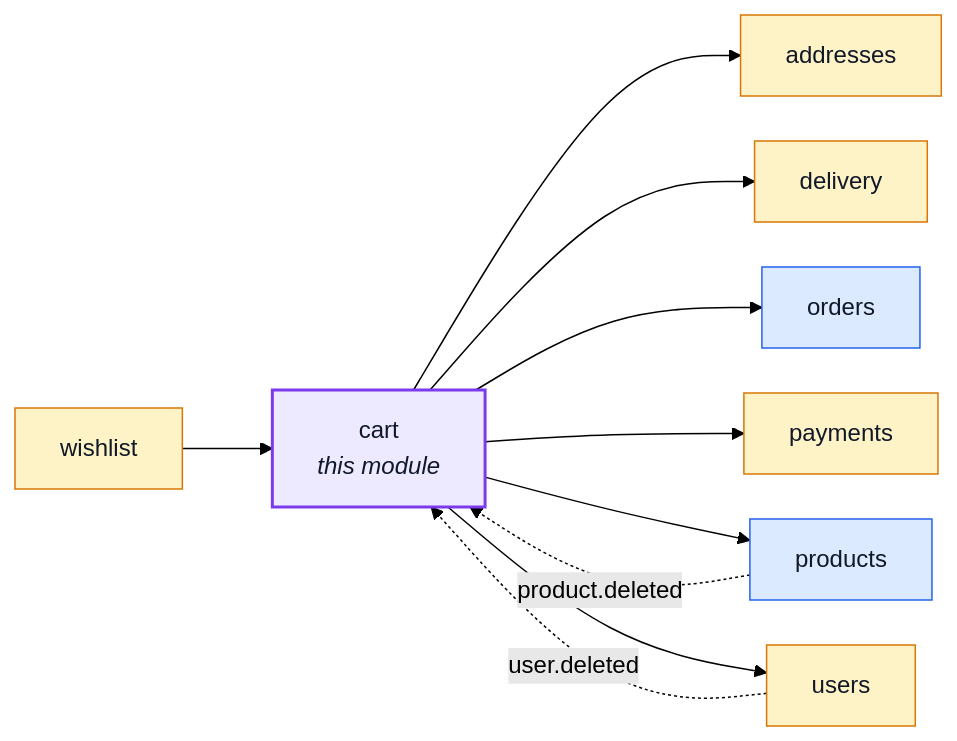
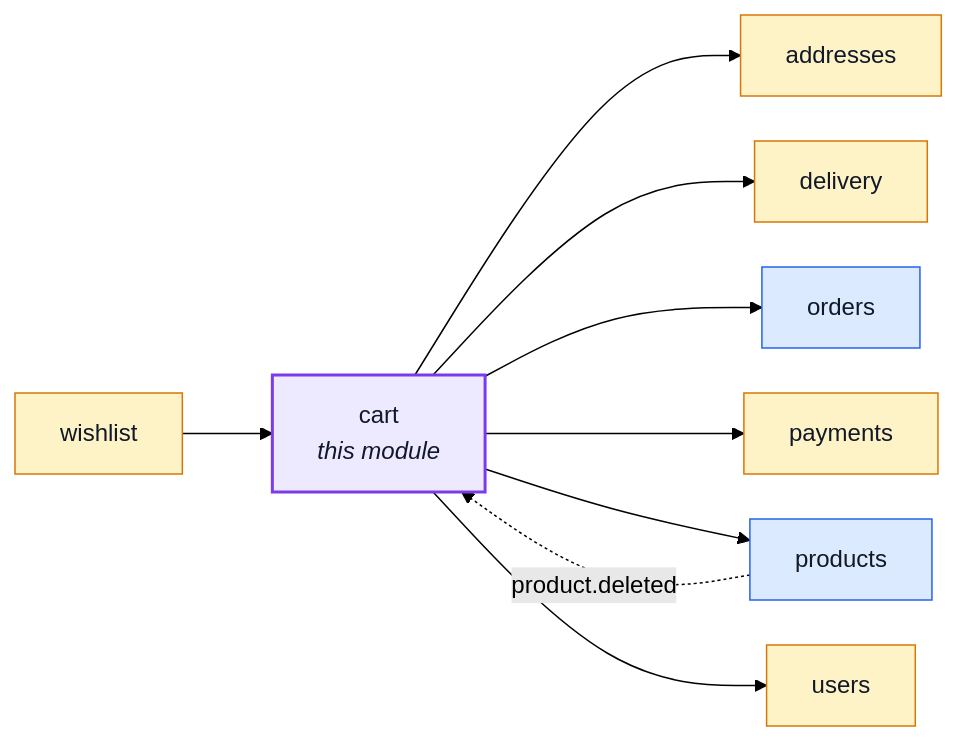
One commit to Guebbit/boilerplate-node-backend changed the first of 2 diagrams in docs/modules/cart.md. Above: the diagram before and after it, drawn with Mermaid (forest theme). The commit also changed 38 other files, not shown here.

````diff
--- a/docs/modules/cart.md
+++ b/docs/modules/cart.md
@@ -16,30 +16,29 @@
 ```mermaid
 %%{init: {'flowchart': {'nodeSpacing': 30, 'rankSpacing': 60}}}%%
 flowchart LR
     cart["cart<br/><i>this module</i>"]
     addresses["addresses"]
     delivery["delivery"]
     orders["orders"]
     payments["payments"]
     products["products"]
     users["users"]
     wishlist["wishlist"]
 
     wishlist --> cart
     cart --> addresses
     cart --> delivery
     cart --> orders
     cart --> payments
     cart --> products
     cart --> users
     products -. "product.deleted" .-> cart
-    users -. "user.deleted" .-> cart
 
     classDef core fill:#dbeafe,stroke:#2563eb,color:#111827;
     classDef supporting fill:#fef3c7,stroke:#d97706,color:#111827;
     classDef generic fill:#dcfce7,stroke:#16a34a,color:#111827;
     classDef centre fill:#ede9fe,stroke:#7c3aed,stroke-width:2px,color:#111827;
     class orders,products core;
     class addresses,delivery,payments,users,wishlist supporting;
     class cart centre;
 ```
````
